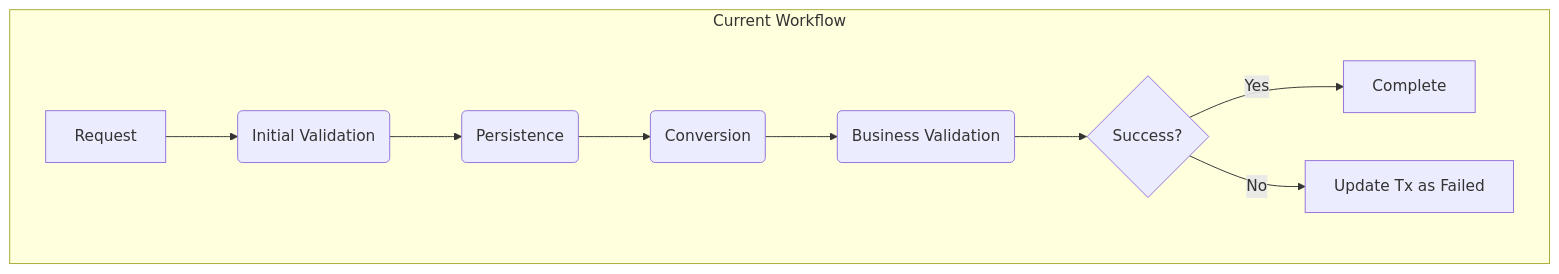
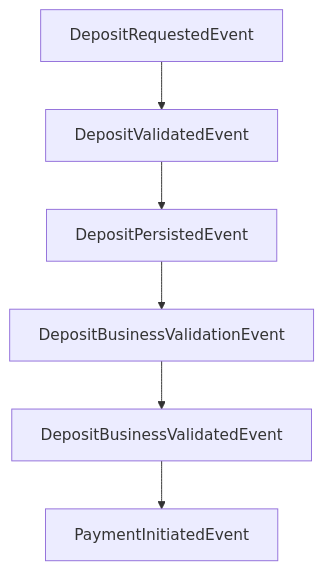
Before and after one commit to amirasaad/fintech: the first of 3 diagrams in docs/architecture.md, drawn with Mermaid. The commit also changed other lines of this file and 6 other files, not shown here.

First line of the commit message:
docs(workflow): 📚 Update architecture and event-driven docs for deposits and withdrawals

````diff
--- a/docs/architecture.md
+++ b/docs/architecture.md
@@ -32,12 +33,8 @@
 ```mermaid
 graph TD
-    subgraph Current Workflow
-        A[Request] --> B(Initial Validation);
-        B --> C(Persistence);
-        C --> D(Conversion);
-        D --> E(Business Validation);
-        E --> F{Success?};
-        F -- Yes --> G[Complete];
-        F -- No --> H[Update Tx as Failed];
-    end
+    A[DepositRequestedEvent] --> B[DepositValidatedEvent]
+    B --> C[DepositPersistedEvent]
+    C --> D[DepositBusinessValidationEvent]
+    D --> E[DepositBusinessValidatedEvent]
+    E --> F[PaymentInitiatedEvent]
 ```
````
